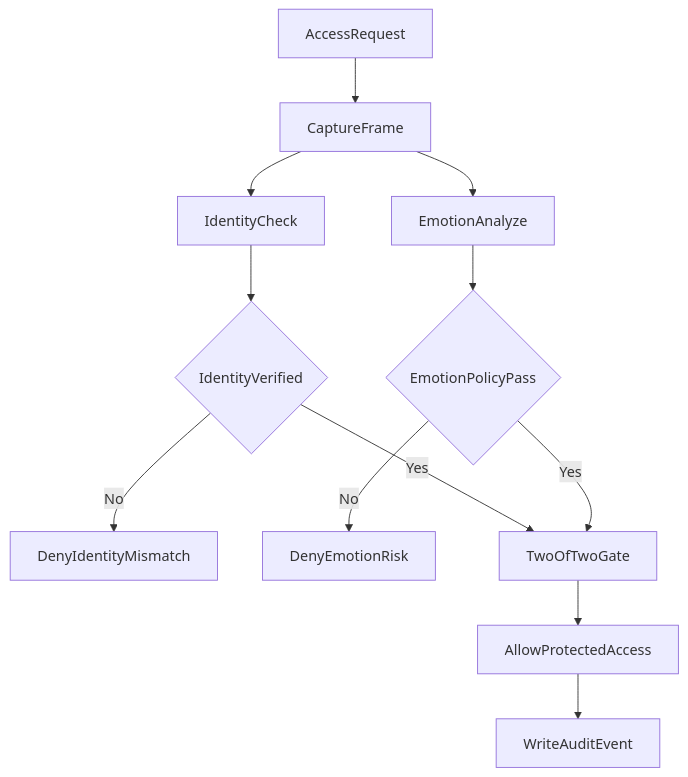
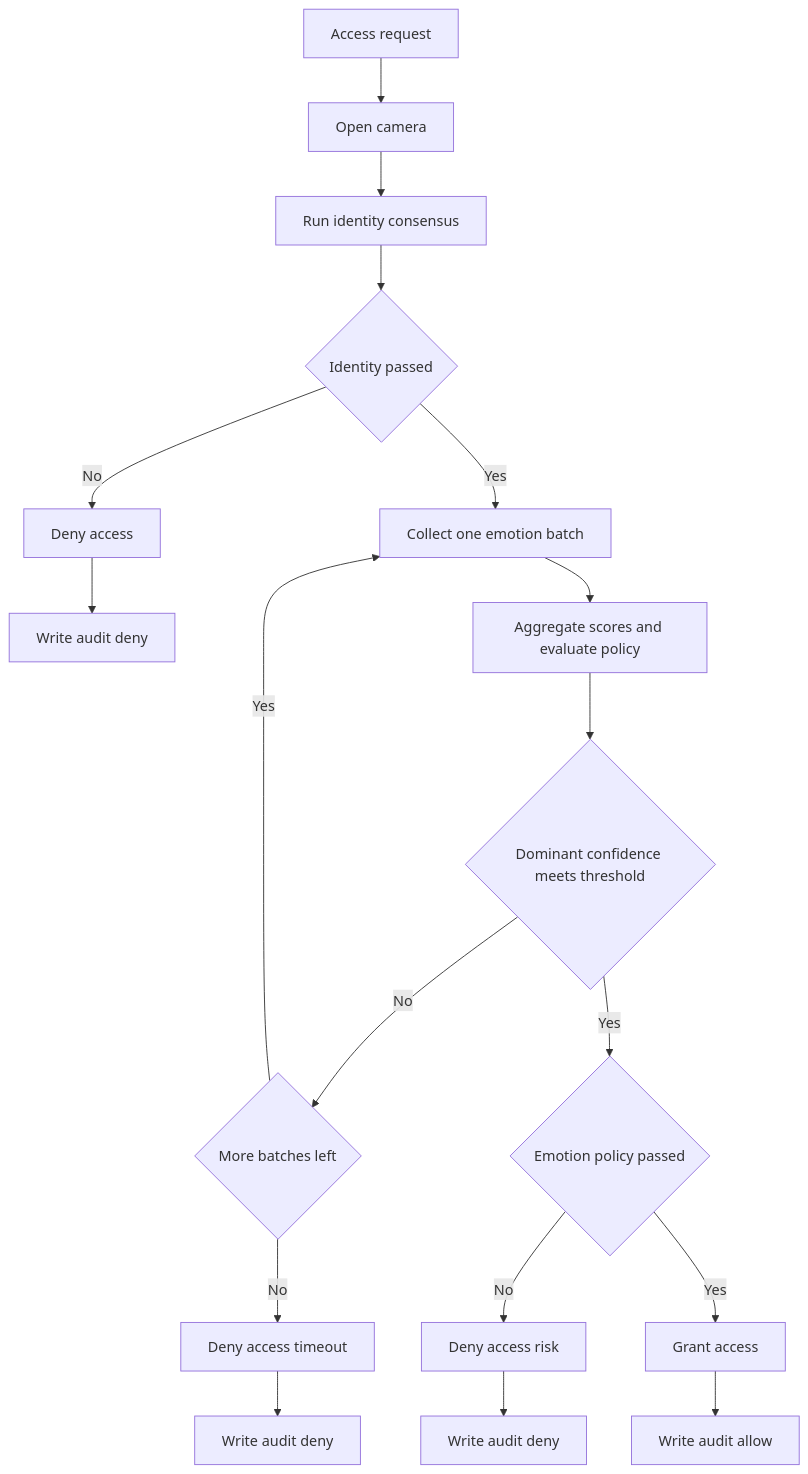
The diagram in README.md (tedwhirring569/gatekeeper), drawn with Mermaid before and after one commit. The commit also changed other lines of this file and 4 other files, not shown here.

Commit message:
Update README flow/docs, add contributing guide, and add demo screenshots

````diff
--- a/README.md
+++ b/README.md
@@ -38,14 +40,22 @@
 ```mermaid
 flowchart TD
-    start[AccessRequest] --> capture[CaptureFrame]
-    capture --> identity[IdentityCheck]
-    capture --> emotion[EmotionAnalyze]
-    identity --> identityPass{IdentityVerified}
-    emotion --> emotionPass{EmotionPolicyPass}
-    identityPass -- No --> denyIdentity[DenyIdentityMismatch]
-    emotionPass -- No --> denyEmotion[DenyEmotionRisk]
-    identityPass -- Yes --> gateJoin[TwoOfTwoGate]
-    emotionPass -- Yes --> gateJoin
-    gateJoin --> allow[AllowProtectedAccess]
-    allow --> audit[WriteAuditEvent]
+    start[Access request] --> camera[Open camera]
+    camera --> identity[Run identity consensus]
+    identity --> identity_ok{Identity passed}
+    identity_ok -- No --> deny_id[Deny access]
+    deny_id --> audit_deny_id[Write audit deny]
+
+    identity_ok -- Yes --> batch[Collect one emotion batch]
+    batch --> eval[Aggregate scores and evaluate policy]
+    eval --> stable{Dominant confidence meets threshold}
+    stable -- No --> more{More batches left}
+    more -- Yes --> batch
+    more -- No --> deny_timeout[Deny access timeout]
+    deny_timeout --> audit_deny_timeout[Write audit deny]
+
+    stable -- Yes --> emotion_ok{Emotion policy passed}
+    emotion_ok -- No --> deny_emotion[Deny access risk]
+    deny_emotion --> audit_deny_emotion[Write audit deny]
+    emotion_ok -- Yes --> allow[Grant access]
+    allow --> audit_allow[Write audit allow]
 ```
````
